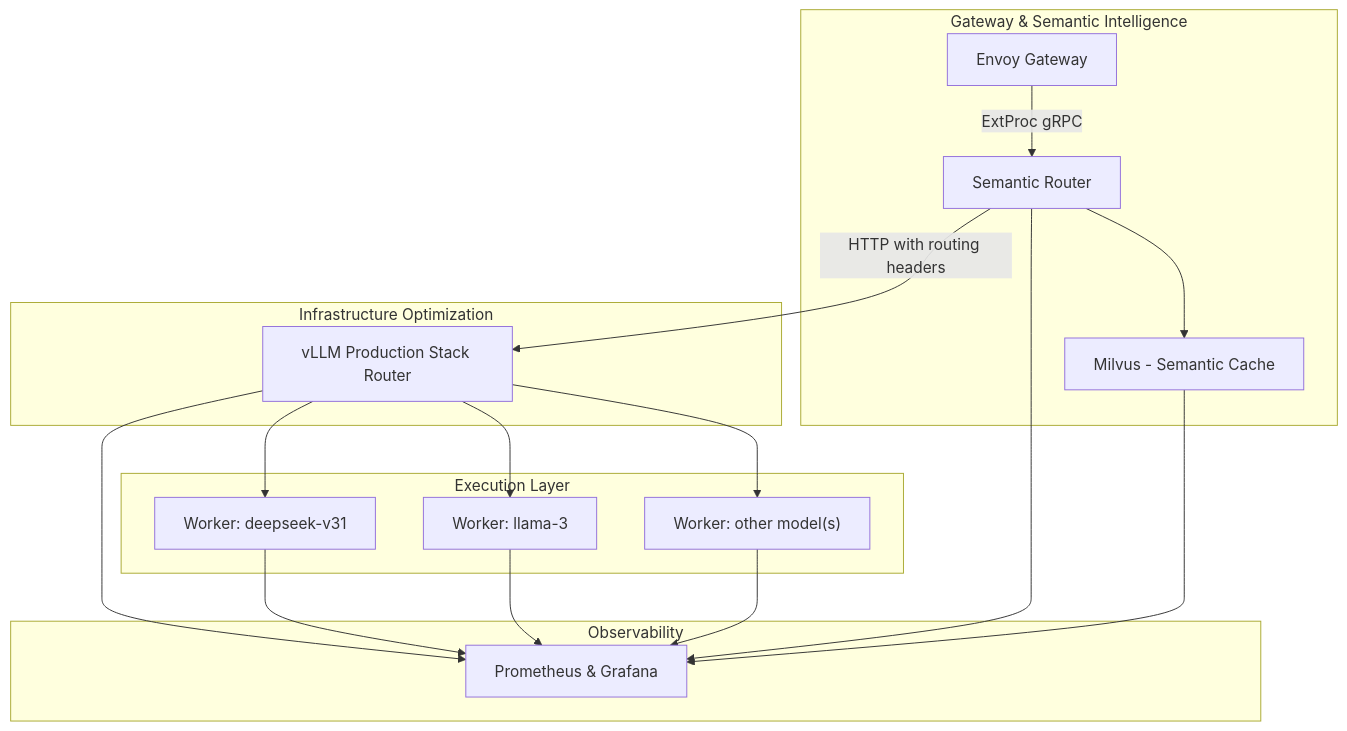
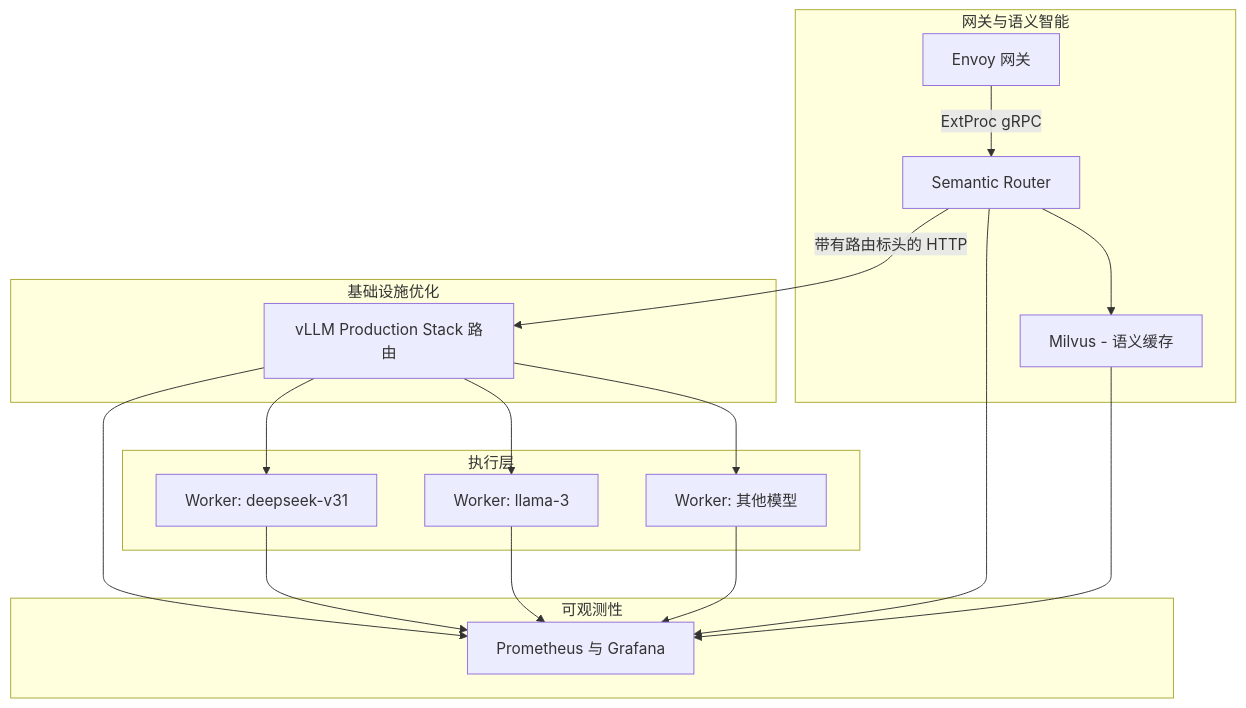
One commit to vllm-project/semantic-router changed the first of 2 diagrams in website/i18n/zh-Hans/docusaurus-plugin-content-docs/current/proposals/production-stack-integration.md. Above: the diagram before and after it, drawn with Mermaid. The commit also changed other lines of this file and 7 other files, not shown here.

````diff
--- a/website/i18n/zh-Hans/docusaurus-plugin-content-docs/current/proposals/production-stack-integration.md
+++ b/website/i18n/zh-Hans/docusaurus-plugin-content-docs/current/proposals/production-stack-integration.md
@@ -126,40 +118,40 @@
 ```mermaid
 %%{init: {'theme':'default'}}%%
 graph TD
-    %% Define subgraphs for clarity
-    subgraph "Gateway & Semantic Intelligence"
-        Gateway[Envoy Gateway]
+    %% 为清晰起见定义子图
+    subgraph "网关与语义智能"
+        Gateway[Envoy 网关]
         SemanticRouter[Semantic Router]
-        Milvus["Milvus - Semantic Cache"]
+        Milvus["Milvus - 语义缓存"]
     end
 
-    subgraph "Infrastructure Optimization"
-        vRouter["vLLM Production Stack Router"]
+    subgraph "基础设施优化"
+        vRouter["vLLM Production Stack 路由"]
     end
 
-    subgraph "Execution Layer"
+    subgraph "执行层"
         WorkerDeepseek["Worker: deepseek-v31"]
         WorkerLlama["Worker: llama-3"]
-        WorkerOther["Worker: other model(s)"]
+        WorkerOther["Worker: 其他模型"]
     end
 
-    subgraph "Observability"
-        PromGrafana["Prometheus & Grafana"]
+    subgraph "可观测性"
+        PromGrafana["Prometheus 与 Grafana"]
     end
 
-    %% Define connections
+    %% 定义连接
     Gateway -- "ExtProc gRPC" --> SemanticRouter
     SemanticRouter --> Milvus
-    SemanticRouter -- "HTTP with routing headers" --> vRouter
+    SemanticRouter -- "带有路由标头的 HTTP" --> vRouter
     vRouter --> WorkerDeepseek
     vRouter --> WorkerLlama
     vRouter --> WorkerOther
 
-    %% Observability links
+    %% 可观测性链接
     vRouter --> PromGrafana
     WorkerDeepseek --> PromGrafana
     WorkerLlama --> PromGrafana
     WorkerOther --> PromGrafana
     SemanticRouter --> PromGrafana
     Milvus --> PromGrafana
 ```
````
